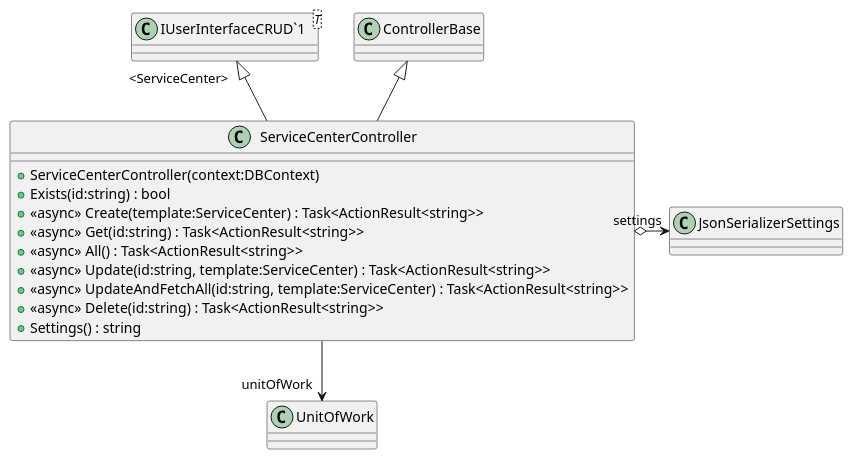
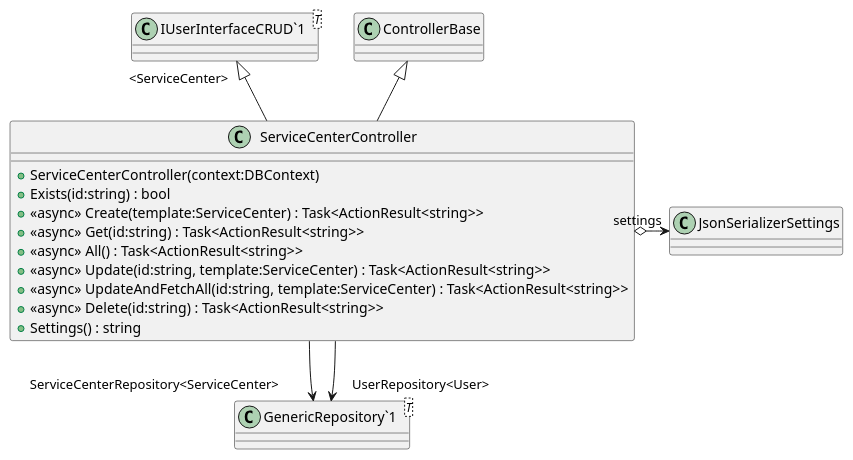
The diagram in YouthActionDotNet/UML/Controllers/ServiceCenterController.puml (timothxy/ICT2106_P3_Project), drawn with PlantUML before and after one commit. The commit also changed 18 other files, not shown here.

```diff
--- a/YouthActionDotNet/UML/Controllers/ServiceCenterController.puml
+++ b/YouthActionDotNet/UML/Controllers/ServiceCenterController.puml
@@ -1,19 +1,22 @@
 @startuml
 class ServiceCenterController {
     + ServiceCenterController(context:DBContext)
     + Exists(id:string) : bool
     + <<async>> Create(template:ServiceCenter) : Task<ActionResult<string>>
     + <<async>> Get(id:string) : Task<ActionResult<string>>
     + <<async>> All() : Task<ActionResult<string>>
     + <<async>> Update(id:string, template:ServiceCenter) : Task<ActionResult<string>>
     + <<async>> UpdateAndFetchAll(id:string, template:ServiceCenter) : Task<ActionResult<string>>
     + <<async>> Delete(id:string) : Task<ActionResult<string>>
     + Settings() : string
 }
 class "IUserInterfaceCRUD`1"<T> {
 }
+class "GenericRepository`1"<T> {
+}
 ControllerBase <|-- ServiceCenterController
 "IUserInterfaceCRUD`1" "<ServiceCenter>" <|-- ServiceCenterController
-ServiceCenterController --> "unitOfWork" UnitOfWork
+ServiceCenterController --> "ServiceCenterRepository<ServiceCenter>" "GenericRepository`1"
+ServiceCenterController --> "UserRepository<User>" "GenericRepository`1"
 ServiceCenterController o-> "settings" JsonSerializerSettings
 @enduml
```
